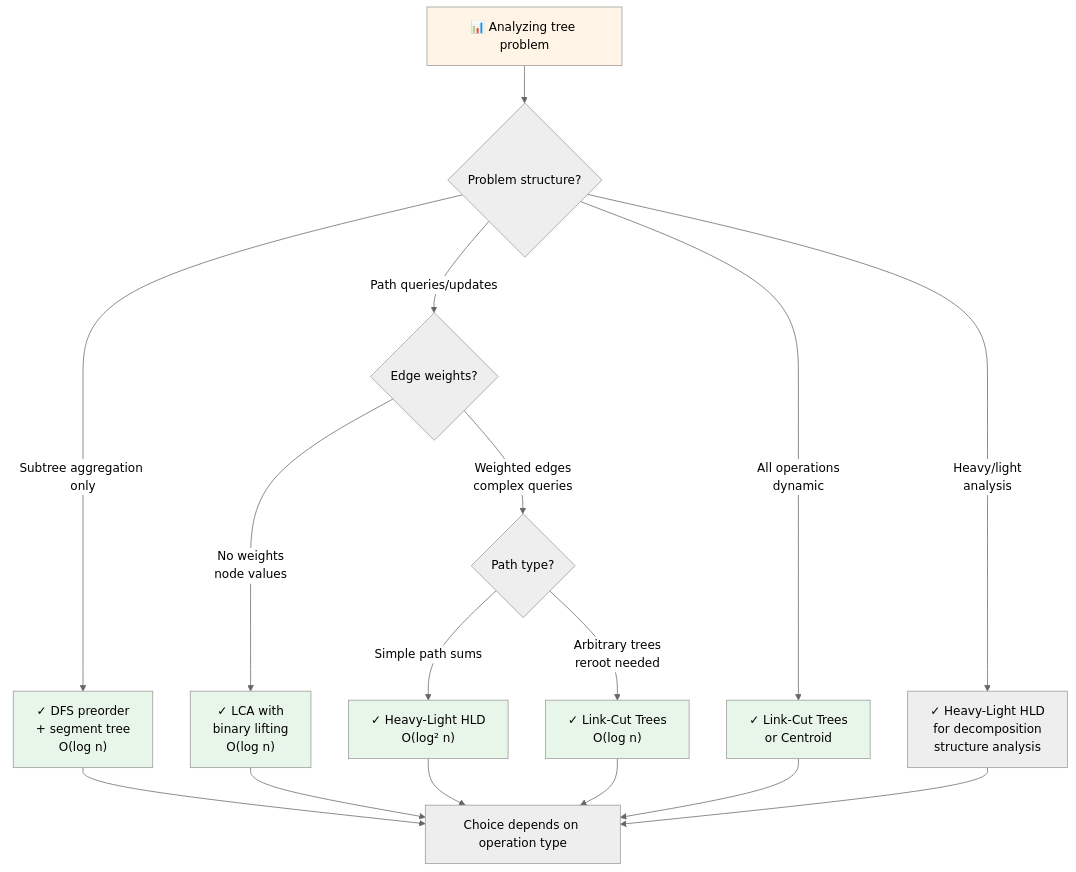
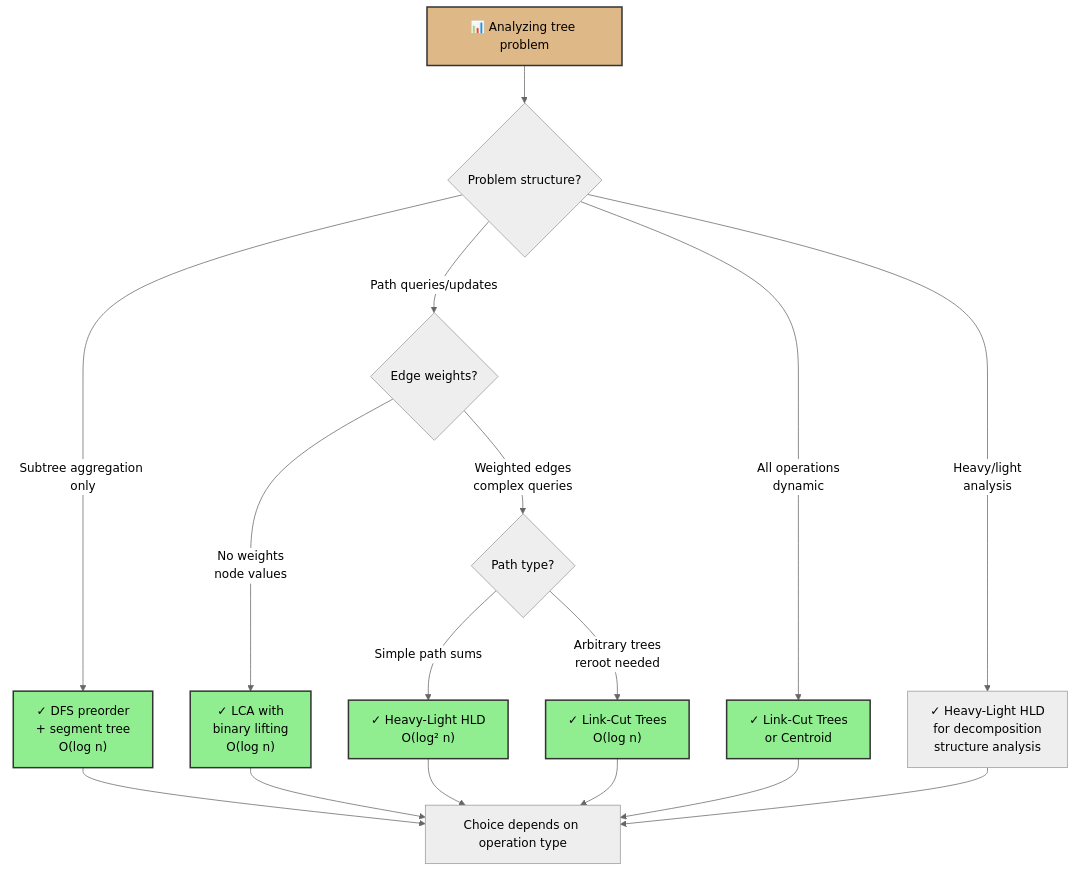
Before and after one commit to souradeepta/interviewprep: the second of 4 diagrams in docs/advanced_ds/heavy_light_decomposition.md, drawn with Mermaid (neutral theme). The commit also changed other lines of this file and 31 other files, not shown here.

Commit message:
updated graphs

````diff
--- a/docs/advanced_ds/heavy_light_decomposition.md
+++ b/docs/advanced_ds/heavy_light_decomposition.md
@@ -120,25 +120,25 @@
 ```mermaid
 flowchart TD
     A["📊 Analyzing tree problem"] --> B{Problem structure?}
     B -->|Subtree aggregation only| C["✓ DFS preorder<br/>+ segment tree<br/>O(log n)"]
     B -->|Path queries/updates| D{Edge weights?}
     D -->|No weights<br/>node values| E["✓ LCA with<br/>binary lifting<br/>O(log n)"]
     D -->|Weighted edges<br/>complex queries| F{Path type?}
     F -->|Simple path sums| G["✓ Heavy-Light HLD<br/>O(log² n)"]
     F -->|Arbitrary trees<br/>reroot needed| H["✓ Link-Cut Trees<br/>O(log n)"]
     B -->|All operations<br/>dynamic| I["✓ Link-Cut Trees<br/>or Centroid"]
     B -->|Heavy/light<br/>analysis| J["✓ Heavy-Light HLD<br/>for decomposition<br/>structure analysis"]
     C --> K["Choice depends on operation type"]
     E --> K
     G --> K
     H --> K
     I --> K
     J --> K
     
-    style A fill:#fff4e6
-    style C fill:#e8f5e9
-    style E fill:#e8f5e9
-    style G fill:#e8f5e9
-    style H fill:#e8f5e9
-    style I fill:#e8f5e9
+    style A fill:#deb887,color:#000,stroke:#333,stroke-width:2px
+    style C fill:#90ee90,color:#000,stroke:#333,stroke-width:2px
+    style E fill:#90ee90,color:#000,stroke:#333,stroke-width:2px
+    style G fill:#90ee90,color:#000,stroke:#333,stroke-width:2px
+    style H fill:#90ee90,color:#000,stroke:#333,stroke-width:2px
+    style I fill:#90ee90,color:#000,stroke:#333,stroke-width:2px
 ```
````
